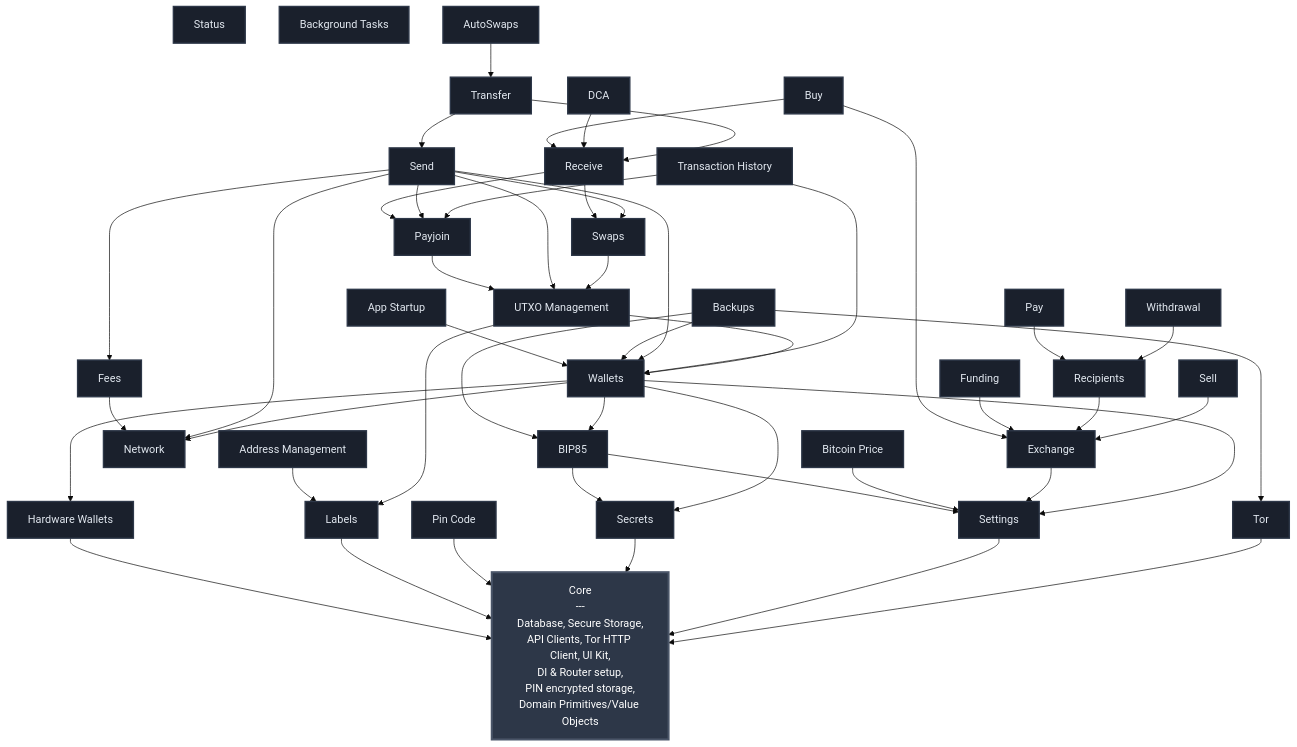
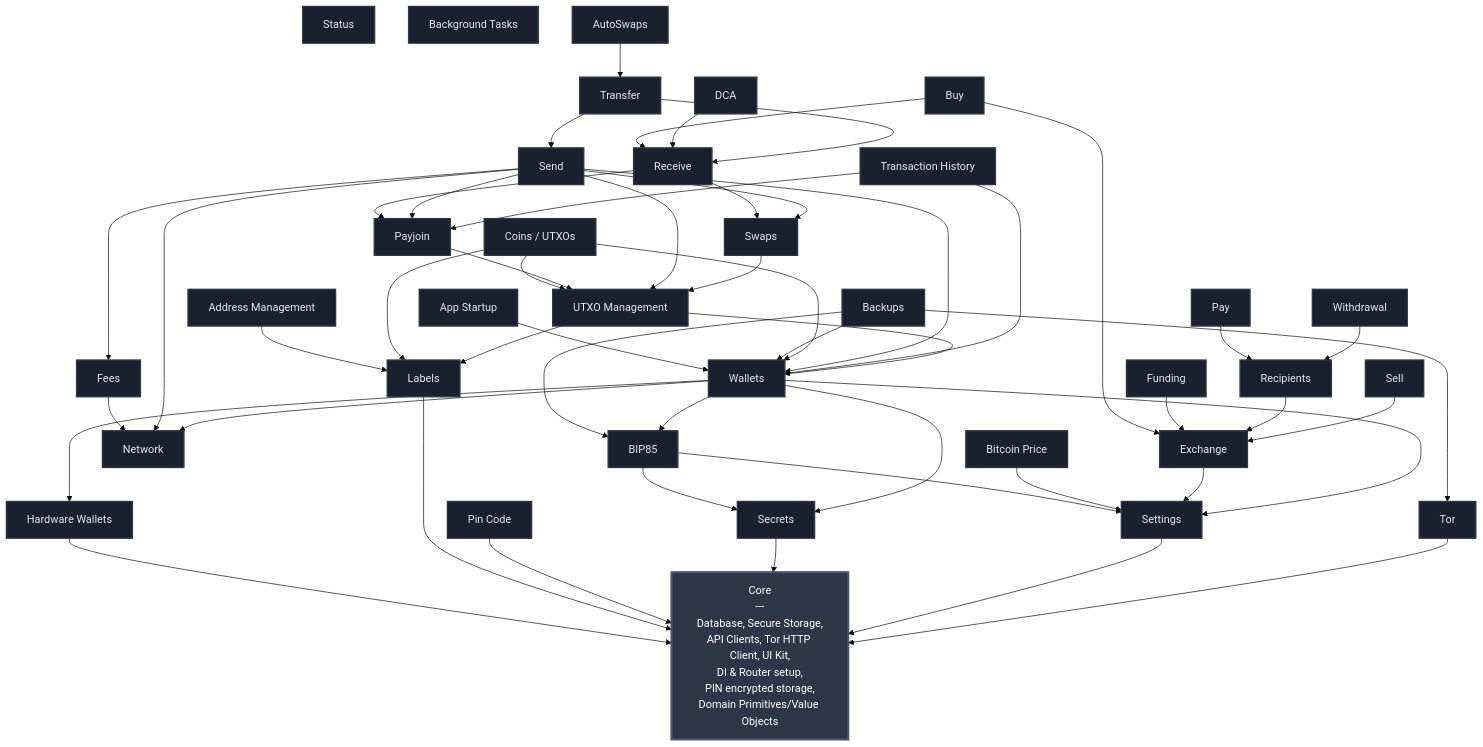
Before and after one commit to SatoshiPortal/bullbitcoin-mobile: the diagram in FEATURES.md, drawn with Mermaid (base theme). The commit also changed 3 other files, not shown here.

Commit message:
docs: sanction bull_ui package category and record coins feature

````diff
--- a/FEATURES.md
+++ b/FEATURES.md
@@ -44,6 +44,7 @@
     SELL[Sell]
     PAY[Pay]
     BUY[Buy]
+    COINS[Coins / UTXOs]
 
     %% Dependencies to Core (all features depend on Core, but showing it explicitly would clutter the diagram)
     %% Instead, we note this in the documentation below
@@ -60,6 +61,9 @@
     BTC_PRICE --> SETTINGS
     BUY --> EXCHANGE
     BUY --> RECEIVE
+    COINS --> UTXO_MGMT
+    COINS --> LABELS
+    COINS --> WALLETS
     DCA --> RECEIVE
     EXCHANGE --> SETTINGS
     FEES --> NETWORK
@@ -101,5 +105,5 @@
     classDef featureStyle fill:#1a202c,stroke:#2d3748,stroke-width:2px,color:#e2e8f0
 
     class CORE coreStyle
-    class SETTINGS,TOR,PIN_CODE,LABELS,SECRETS,HW_WALLETS,BTC_PRICE,NETWORK,BIP85,FEES,WALLETS,EXCHANGE,APP_STARTUP,UTXO_MGMT,ADDRESS_MGMT,RECIPIENTS,FUNDING,BACKUPS,SWAPS,PAYJOIN,WITHDRAWAL,STATUS,SEND,RECEIVE,TRANSFER,TX_HISTORY,BG_TASKS,AUTOSWAPS,DCA,SELL,PAY,BUY featureStyle
+    class SETTINGS,TOR,PIN_CODE,LABELS,SECRETS,HW_WALLETS,BTC_PRICE,NETWORK,BIP85,FEES,WALLETS,EXCHANGE,APP_STARTUP,UTXO_MGMT,ADDRESS_MGMT,RECIPIENTS,FUNDING,BACKUPS,SWAPS,PAYJOIN,WITHDRAWAL,STATUS,SEND,RECEIVE,TRANSFER,TX_HISTORY,BG_TASKS,AUTOSWAPS,DCA,SELL,PAY,BUY,COINS featureStyle
 ```
````
